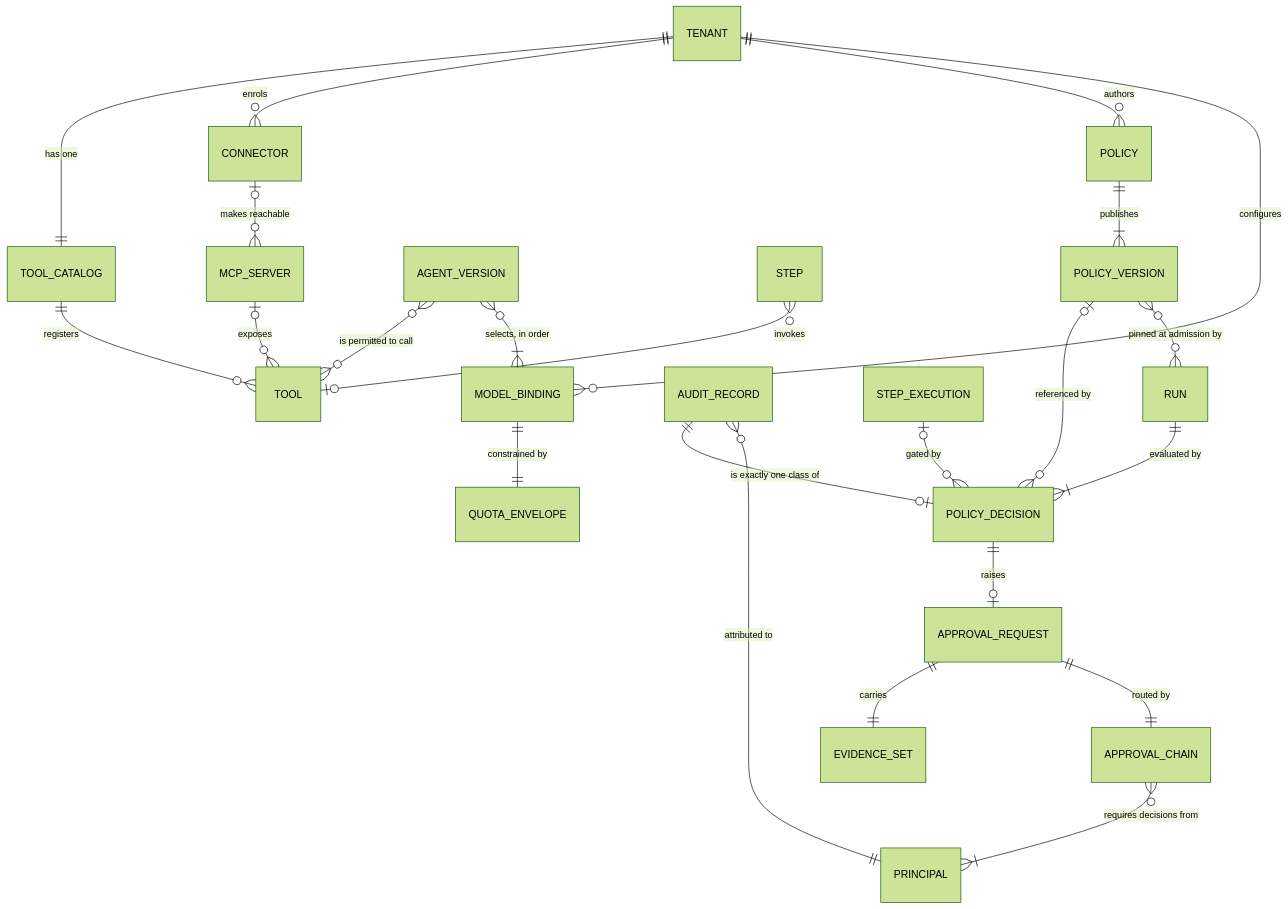
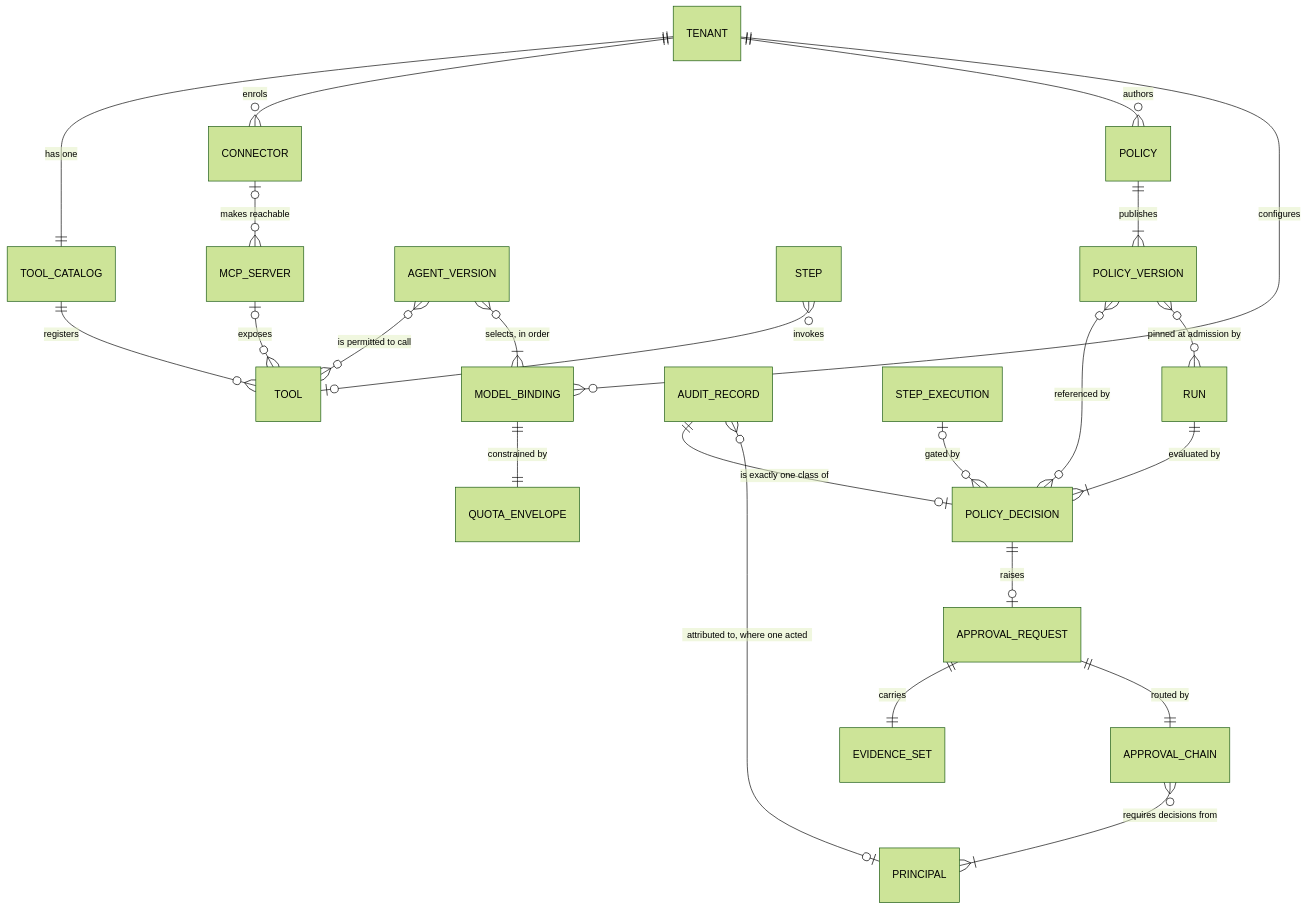
One commit to ayesigapaul/orchestra changed the second of 2 diagrams in docs/20-domain/domain-model.md. Above: the diagram before and after it, drawn with Mermaid (forest theme). The commit also changed other lines of this file and 71 other files, not shown here.

````diff
--- a/docs/20-domain/domain-model.md
+++ b/docs/20-domain/domain-model.md
@@ -291,25 +302,25 @@
 ```mermaid
 erDiagram
   TENANT ||--|| TOOL_CATALOG : "has one"
   TOOL_CATALOG ||--o{ TOOL : "registers"
   MCP_SERVER |o--o{ TOOL : "exposes"
   CONNECTOR |o--o{ MCP_SERVER : "makes reachable"
   TENANT ||--o{ CONNECTOR : "enrols"
   AGENT_VERSION }o--o{ TOOL : "is permitted to call"
   STEP }o--o| TOOL : "invokes"
   TENANT ||--o{ POLICY : "authors"
   POLICY ||--|{ POLICY_VERSION : "publishes"
-  POLICY_VERSION |o--o{ POLICY_DECISION : "referenced by"
+  POLICY_VERSION }o--o{ POLICY_DECISION : "referenced by"
   POLICY_VERSION }o--o{ RUN : "pinned at admission by"
   AUDIT_RECORD ||--o| POLICY_DECISION : "is exactly one class of"
   RUN ||--|{ POLICY_DECISION : "evaluated by"
   STEP_EXECUTION |o--o{ POLICY_DECISION : "gated by"
   POLICY_DECISION ||--o| APPROVAL_REQUEST : "raises"
   APPROVAL_REQUEST ||--|| EVIDENCE_SET : "carries"
   APPROVAL_REQUEST ||--|| APPROVAL_CHAIN : "routed by"
   APPROVAL_CHAIN }o--|{ PRINCIPAL : "requires decisions from"
   TENANT ||--o{ MODEL_BINDING : "configures"
   MODEL_BINDING ||--|| QUOTA_ENVELOPE : "constrained by"
   AGENT_VERSION }o--|{ MODEL_BINDING : "selects, in order"
-  AUDIT_RECORD }o--|| PRINCIPAL : "attributed to"
+  AUDIT_RECORD }o--o| PRINCIPAL : "attributed to, where one acted"
 ```
````
